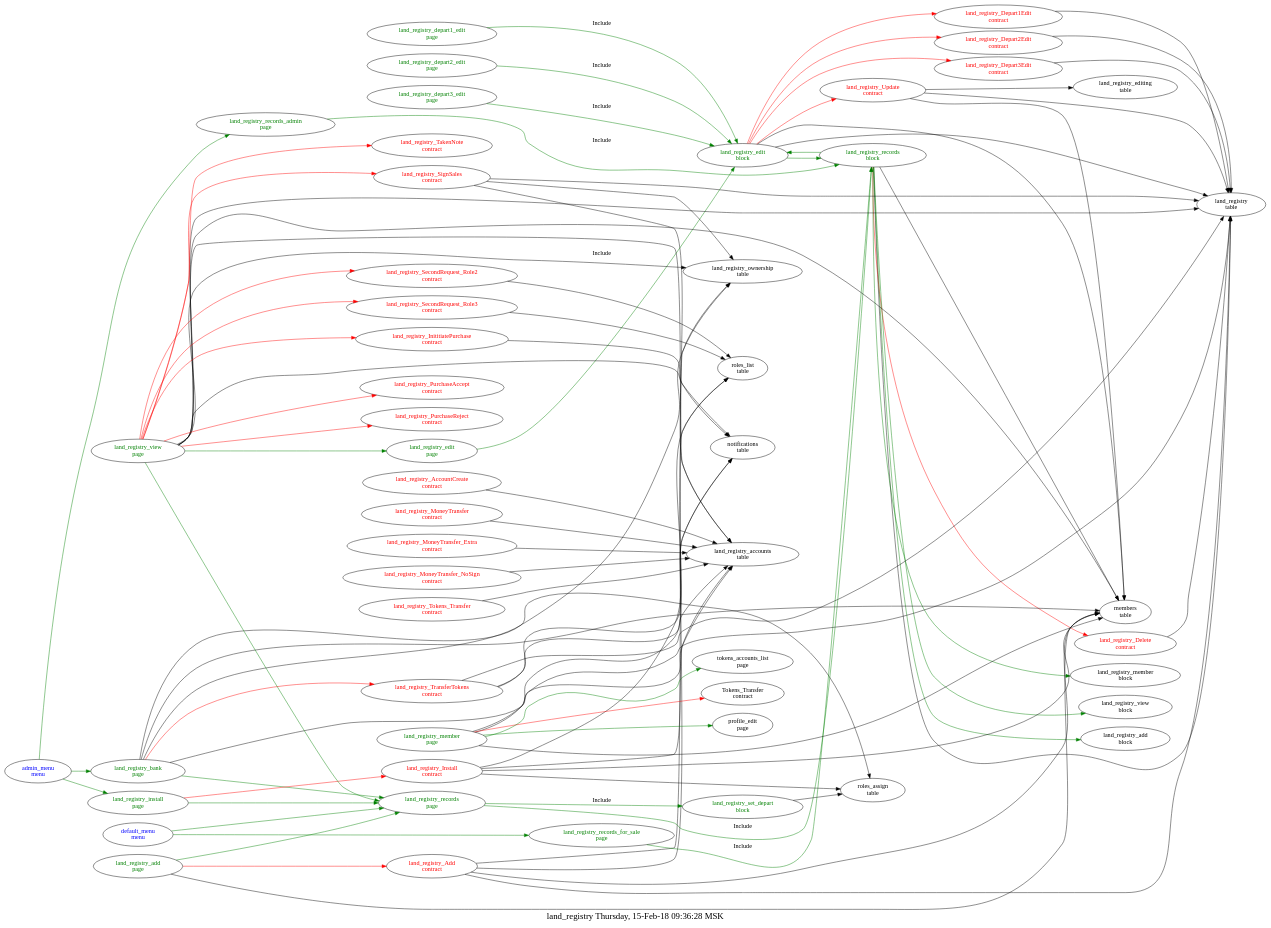
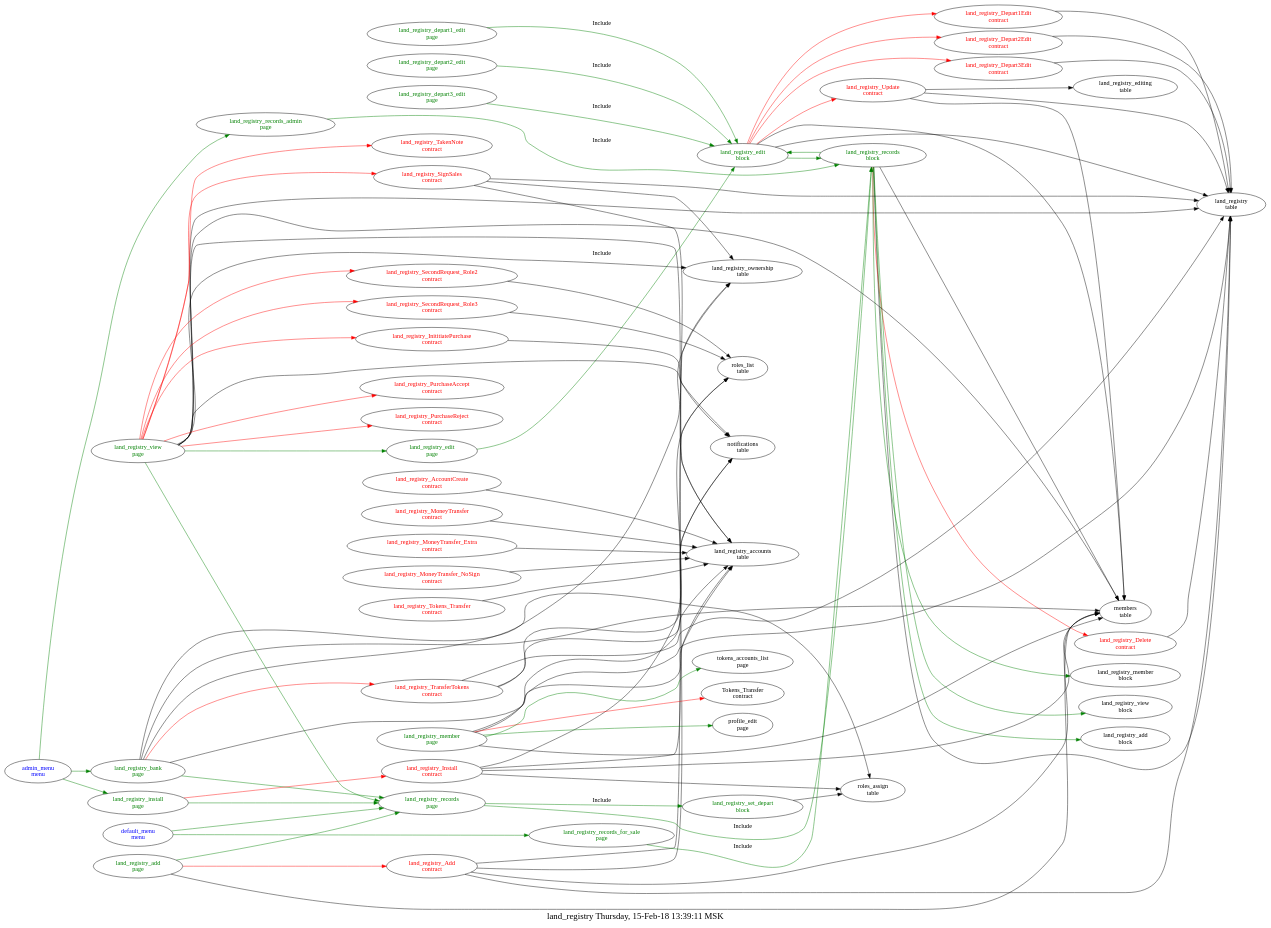
Before and after one commit to AplaProject/apps: the diagram in src/land_registry/struct.dot, drawn with Graphviz. The commit also changed 5 other files, not shown here.

```diff
--- a/src/land_registry/struct.dot
+++ b/src/land_registry/struct.dot
@@ -1,130 +1,130 @@
 digraph G {
 fontsize="20.0";
-label="land_registry Thursday, 15-Feb-18 09:36:28 MSK";
+label="land_registry Thursday, 15-Feb-18 13:39:11 MSK";
 rankdir=LR;
 "land_registry_edit\nblock" -> "land_registry_Depart1Edit\ncontract"  [ color=red ]
 "land_registry_edit\nblock" -> "land_registry_Depart2Edit\ncontract"  [ color=red ]
 "land_registry_edit\nblock" -> "land_registry_Depart3Edit\ncontract"  [ color=red ]
 "land_registry_edit\nblock" -> "land_registry_Update\ncontract"  [ color=red ]
 "land_registry_edit\nblock" -> "land_registry\ntable"
 "land_registry_edit\nblock" -> "members\ntable"
 "land_registry_edit\nblock" -> "land_registry_records\nblock"  [ color=green ]
 "land_registry_edit\nblock" [fontcolor=green, group=blocks];
 "land_registry_records\nblock" -> "land_registry_Delete\ncontract"  [ color=red ]
 "land_registry_records\nblock" -> "land_registry\ntable"
 "land_registry_records\nblock" -> "members\ntable"
 "land_registry_records\nblock" -> "land_registry_member\nblock"  [ color=green ]
 "land_registry_records\nblock" -> "land_registry_view\nblock"  [ color=green ]
 "land_registry_records\nblock" -> "land_registry_edit\nblock"  [ color=green ]
 "land_registry_records\nblock" -> "land_registry_add\nblock"  [ color=green ]
 "land_registry_records\nblock" [fontcolor=green, group=blocks];
 "land_registry_set_depart\nblock" -> "roles_assign\ntable"
 "land_registry_set_depart\nblock" [fontcolor=green, group=blocks];
 "land_registry_AccountCreate\ncontract" -> "land_registry_accounts\ntable"
 "land_registry_AccountCreate\ncontract" [fontcolor=red, group=contracts];
 "land_registry_Add\ncontract" -> "members\ntable"
 "land_registry_Add\ncontract" -> "roles_list\ntable"
 "land_registry_Add\ncontract" -> "land_registry\ntable"
 "land_registry_Add\ncontract" -> "land_registry_ownership\ntable"
 "land_registry_Add\ncontract" [fontcolor=red, group=contracts];
 "land_registry_Delete\ncontract" -> "land_registry\ntable"
 "land_registry_Delete\ncontract" [fontcolor=red, group=contracts];
 "land_registry_Depart1Edit\ncontract" -> "land_registry\ntable"
 "land_registry_Depart1Edit\ncontract" [fontcolor=red, group=contracts];
 "land_registry_Depart2Edit\ncontract" -> "land_registry\ntable"
 "land_registry_Depart2Edit\ncontract" [fontcolor=red, group=contracts];
 "land_registry_Depart3Edit\ncontract" -> "land_registry\ntable"
 "land_registry_Depart3Edit\ncontract" [fontcolor=red, group=contracts];
 "land_registry_InititiatePurchase\ncontract" -> "notifications\ntable"
 "land_registry_InititiatePurchase\ncontract" [fontcolor=red, group=contracts];
 "land_registry_Install\ncontract" -> "members\ntable"
 "land_registry_Install\ncontract" -> "land_registry_accounts\ntable"
 "land_registry_Install\ncontract" -> "roles_list\ntable"
 "land_registry_Install\ncontract" -> "roles_assign\ntable"
 "land_registry_Install\ncontract" [fontcolor=red, group=contracts];
 "land_registry_MoneyTransfer\ncontract" -> "land_registry_accounts\ntable"
 "land_registry_MoneyTransfer\ncontract" [fontcolor=red, group=contracts];
 "land_registry_MoneyTransfer_Extra\ncontract" -> "land_registry_accounts\ntable"
 "land_registry_MoneyTransfer_Extra\ncontract" [fontcolor=red, group=contracts];
 "land_registry_MoneyTransfer_NoSign\ncontract" -> "land_registry_accounts\ntable"
 "land_registry_MoneyTransfer_NoSign\ncontract" [fontcolor=red, group=contracts];
 "land_registry_PurchaseAccept\ncontract" [fontcolor=red, group=contracts];
 "land_registry_PurchaseReject\ncontract" [fontcolor=red, group=contracts];
 "land_registry_SecondRequest_Role2\ncontract" -> "roles_list\ntable"
 "land_registry_SecondRequest_Role2\ncontract" [fontcolor=red, group=contracts];
 "land_registry_SecondRequest_Role3\ncontract" -> "roles_list\ntable"
 "land_registry_SecondRequest_Role3\ncontract" [fontcolor=red, group=contracts];
 "land_registry_SignSales\ncontract" -> "land_registry_ownership\ntable"
 "land_registry_SignSales\ncontract" -> "land_registry\ntable"
 "land_registry_SignSales\ncontract" -> "land_registry_accounts\ntable"
 "land_registry_SignSales\ncontract" [fontcolor=red, group=contracts];
 "land_registry_TakenNote\ncontract" [fontcolor=red, group=contracts];
 "land_registry_Tokens_Transfer\ncontract" -> "land_registry_accounts\ntable"
 "land_registry_Tokens_Transfer\ncontract" [fontcolor=red, group=contracts];
 "land_registry_TransferTokens\ncontract" -> "notifications\ntable"
 "land_registry_TransferTokens\ncontract" -> "land_registry\ntable"
 "land_registry_TransferTokens\ncontract" -> "land_registry_accounts\ntable"
 "land_registry_TransferTokens\ncontract" [fontcolor=red, group=contracts];
 "land_registry_Update\ncontract" -> "land_registry\ntable"
 "land_registry_Update\ncontract" -> "members\ntable"
 "land_registry_Update\ncontract" -> "land_registry_editing\ntable"
 "land_registry_Update\ncontract" [fontcolor=red, group=contracts];
 "admin_menu\nmenu" -> "land_registry_records_admin\npage"  [ color=green ]
 "admin_menu\nmenu" -> "land_registry_bank\npage"  [ color=green ]
 "admin_menu\nmenu" -> "land_registry_install\npage"  [ color=green ]
 "admin_menu\nmenu" [fontcolor=blue, group=menus];
 "default_menu\nmenu" -> "land_registry_records\npage"  [ color=green ]
 "default_menu\nmenu" -> "land_registry_records_for_sale\npage"  [ color=green ]
 "default_menu\nmenu" [fontcolor=blue, group=menus];
 "land_registry_add\npage" -> "land_registry_Add\ncontract"  [ color=red ]
 "land_registry_add\npage" -> "members\ntable"
 "land_registry_add\npage" -> "land_registry_records\npage"  [ color=green ]
 "land_registry_add\npage" [fontcolor=green, group=pages];
 "land_registry_bank\npage" -> "land_registry_TransferTokens\ncontract"  [ color=red ]
 "land_registry_bank\npage" -> "land_registry_ownership\ntable"
 "land_registry_bank\npage" -> "land_registry\ntable"
 "land_registry_bank\npage" -> "roles_assign\ntable"
 "land_registry_bank\npage" -> "members\ntable"
 "land_registry_bank\npage" -> "land_registry_records\npage"  [ color=green ]
 "land_registry_bank\npage" [fontcolor=green, group=pages];
 "land_registry_depart1_edit\npage" -> "land_registry_edit\nblock"  [ color=green, label=Include ]
 "land_registry_depart1_edit\npage" [fontcolor=green, group=pages];
 "land_registry_depart2_edit\npage" -> "land_registry_edit\nblock"  [ color=green, label=Include ]
 "land_registry_depart2_edit\npage" [fontcolor=green, group=pages];
 "land_registry_depart3_edit\npage" -> "land_registry_edit\nblock"  [ color=green, label=Include ]
 "land_registry_depart3_edit\npage" [fontcolor=green, group=pages];
 "land_registry_edit\npage" -> "land_registry_edit\nblock"  [ color=green, label=Include ]
 "land_registry_edit\npage" [fontcolor=green, group=pages];
 "land_registry_install\npage" -> "land_registry_Install\ncontract"  [ color=red ]
 "land_registry_install\npage" -> "land_registry_records\npage"  [ color=green ]
 "land_registry_install\npage" [fontcolor=green, group=pages];
 "land_registry_member\npage" -> "Tokens_Transfer\ncontract"  [ color=red ]
 "land_registry_member\npage" -> "members\ntable"
 "land_registry_member\npage" -> "notifications\ntable"
 "land_registry_member\npage" -> "land_registry_accounts\ntable"
 "land_registry_member\npage" -> "profile_edit\npage"  [ color=green ]
 "land_registry_member\npage" -> "tokens_accounts_list\npage"  [ color=green ]
 "land_registry_member\npage" [fontcolor=green, group=pages];
 "land_registry_records\npage" -> "land_registry_set_depart\nblock"  [ color=green, label=Include ]
 "land_registry_records\npage" -> "land_registry_records\nblock"  [ color=green, label=Include ]
 "land_registry_records\npage" [fontcolor=green, group=pages];
 "land_registry_records_admin\npage" -> "land_registry_records\nblock"  [ color=green, label=Include ]
 "land_registry_records_admin\npage" [fontcolor=green, group=pages];
 "land_registry_records_for_sale\npage" -> "land_registry_records\nblock"  [ color=green, label=Include ]
 "land_registry_records_for_sale\npage" [fontcolor=green, group=pages];
 "land_registry_view\npage" -> "land_registry_SecondRequest_Role2\ncontract"  [ color=red ]
 "land_registry_view\npage" -> "land_registry_SecondRequest_Role3\ncontract"  [ color=red ]
 "land_registry_view\npage" -> "land_registry_InititiatePurchase\ncontract"  [ color=red ]
 "land_registry_view\npage" -> "land_registry_PurchaseReject\ncontract"  [ color=red ]
 "land_registry_view\npage" -> "land_registry_PurchaseAccept\ncontract"  [ color=red ]
 "land_registry_view\npage" -> "land_registry_SignSales\ncontract"  [ color=red ]
 "land_registry_view\npage" -> "land_registry_TakenNote\ncontract"  [ color=red ]
 "land_registry_view\npage" -> "land_registry\ntable"
 "land_registry_view\npage" -> "land_registry_ownership\ntable"
 "land_registry_view\npage" -> "members\ntable"
 "land_registry_view\npage" -> "notifications\ntable"
 "land_registry_view\npage" -> "land_registry_accounts\ntable"
 "land_registry_view\npage" -> "land_registry_records\npage"  [ color=green ]
 "land_registry_view\npage" -> "land_registry_edit\npage"  [ color=green ]
 "land_registry_view\npage" [fontcolor=green, group=pages];
 }
```
